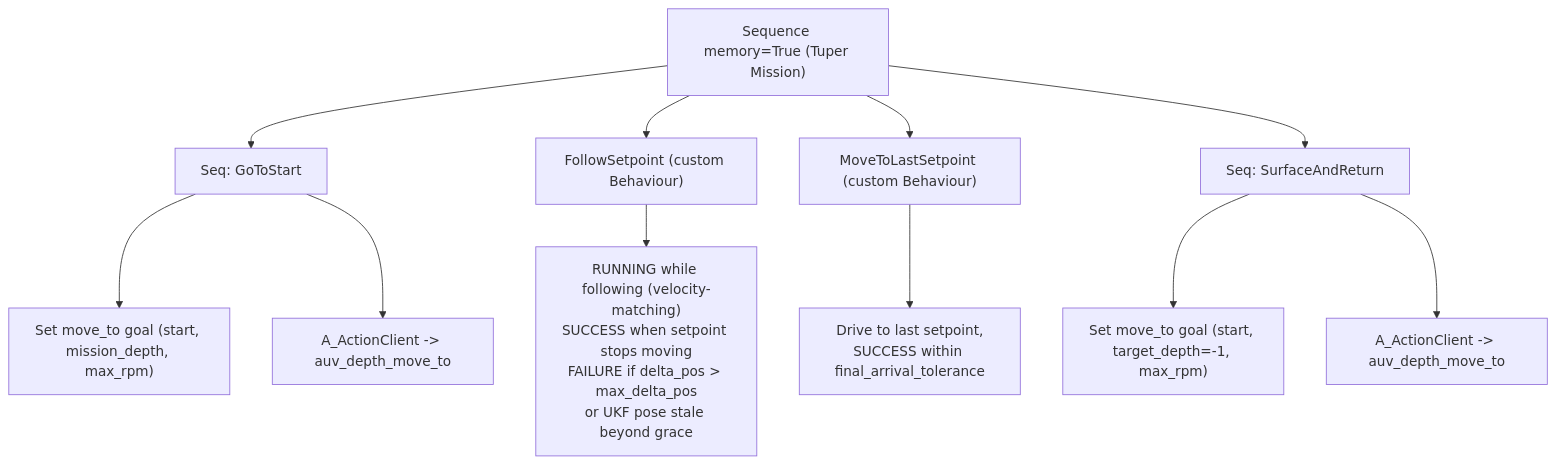
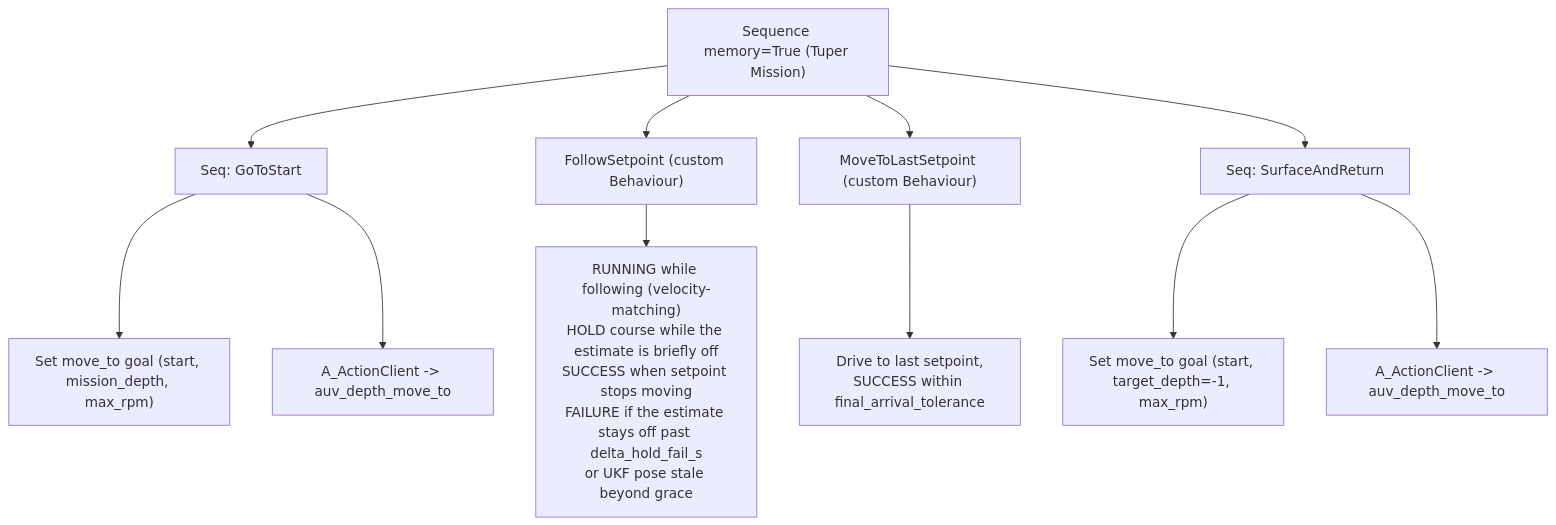
Before and after one commit to smarc-project/smarc2: the diagram in behaviours/lolo/lolo_tuper/README.md, drawn with Mermaid. The commit also changed other lines of this file and 5 other files, not shown here.

First line of the commit message:
Hold course while the UKF is briefly off, and fail only after 45 s. (#436)

````diff
--- a/behaviours/lolo/lolo_tuper/README.md
+++ b/behaviours/lolo/lolo_tuper/README.md
@@ -19,17 +19,17 @@
 ```mermaid
 flowchart TD
     root["Sequence memory=True (Tuper Mission)"] --> goStart["Seq: GoToStart"]
     root --> follow["FollowSetpoint (custom Behaviour)"]
     root --> moveLast["MoveToLastSetpoint (custom Behaviour)"]
     root --> surfRet["Seq: SurfaceAndReturn"]
 
     goStart --> g1["Set move_to goal (start, mission_depth, max_rpm)"]
     goStart --> g2["A_ActionClient -> auv_depth_move_to"]
 
-    follow --> fNote["RUNNING while following (velocity-matching)<br/>SUCCESS when setpoint stops moving<br/>FAILURE if delta_pos > max_delta_pos<br/>or UKF pose stale beyond grace"]
+    follow --> fNote["RUNNING while following (velocity-matching)<br/>HOLD course while the estimate is briefly off<br/>SUCCESS when setpoint stops moving<br/>FAILURE if the estimate stays off past delta_hold_fail_s<br/>or UKF pose stale beyond grace"]
 
     moveLast --> mNote["Drive to last setpoint,<br/>SUCCESS within final_arrival_tolerance"]
 
     surfRet --> s1["Set move_to goal (start, target_depth=-1, max_rpm)"]
     surfRet --> s2["A_ActionClient -> auv_depth_move_to"]
 ```
````
